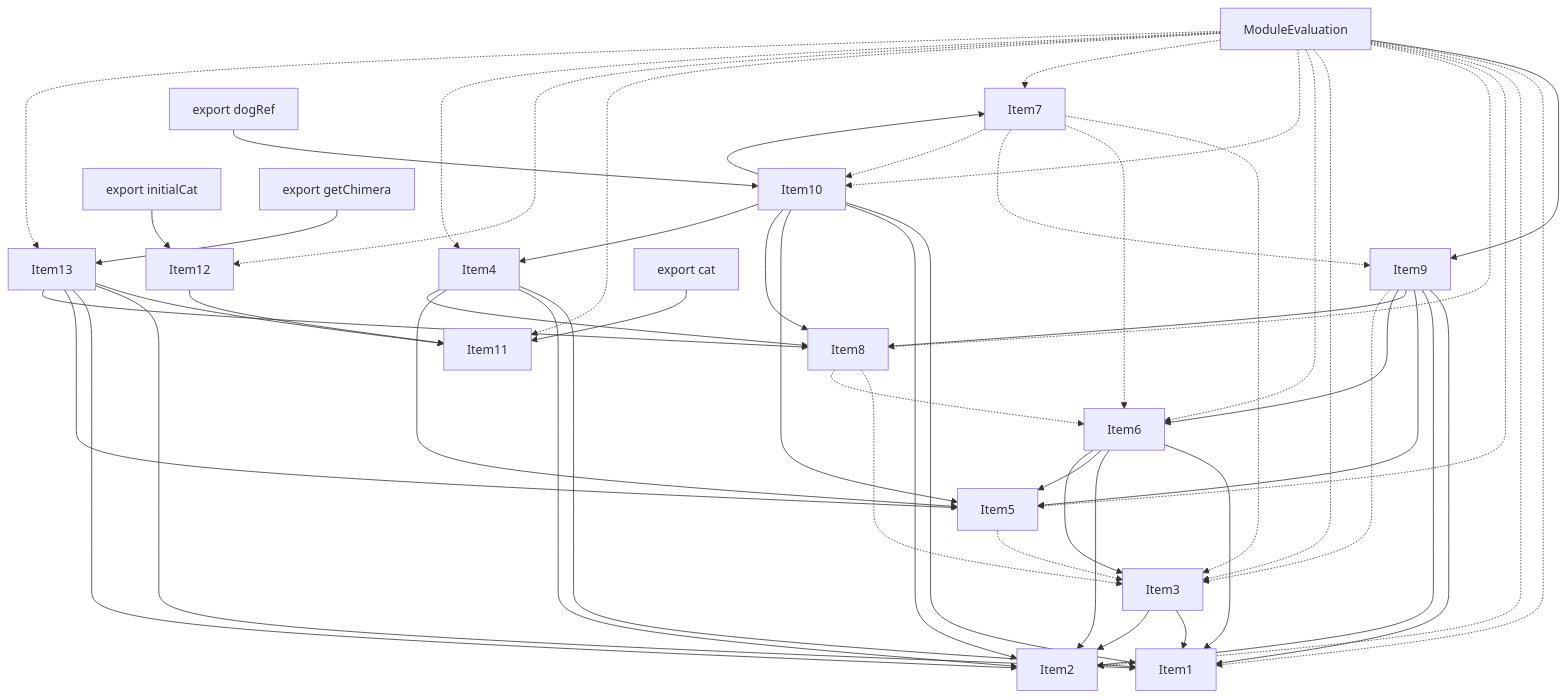
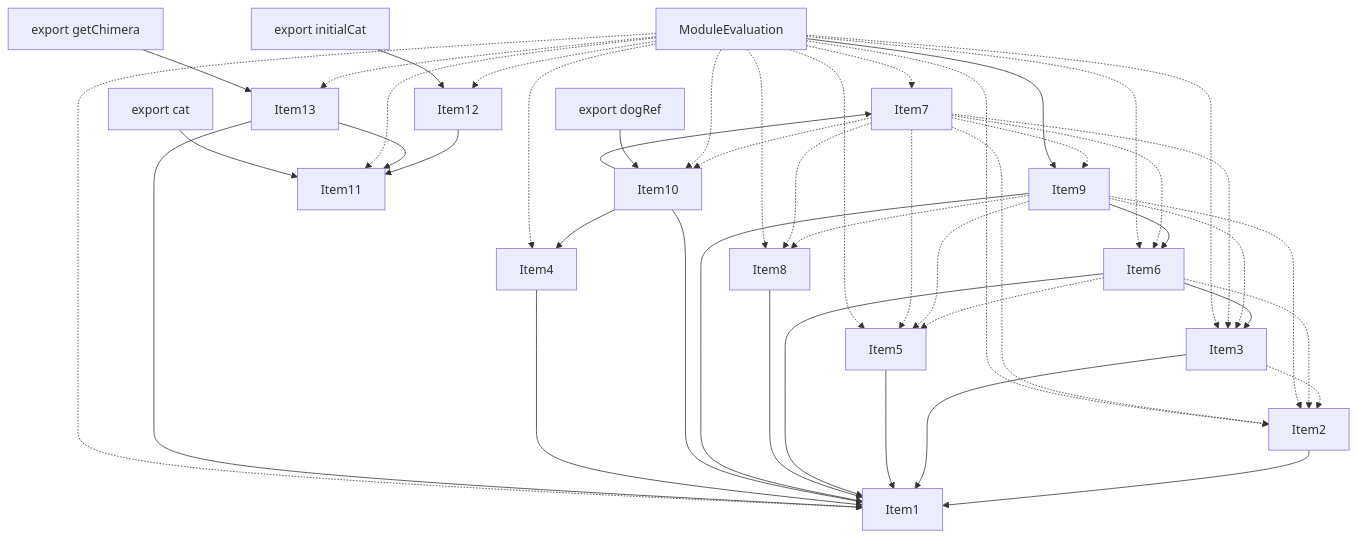
One commit to vercel/turborepo changed the fourth of 4 diagrams in crates/turbopack-ecmascript/tests/tree-shaker/analyzer/complex/output.md. Above: the diagram before and after it, drawn with Mermaid. The commit also changed other lines of this file and 2 other files, not shown here.

````diff
--- a/crates/turbopack-ecmascript/tests/tree-shaker/analyzer/complex/output.md
+++ b/crates/turbopack-ecmascript/tests/tree-shaker/analyzer/complex/output.md
@@ -281,78 +272,72 @@
 ```mermaid
 graph TD
     Item1;
     Item2;
     Item3;
     Item4;
     Item5;
     Item6;
     Item7;
     Item8;
     Item9;
     Item10;
     Item11;
     Item12;
     Item13;
     Item14;
     Item14["ModuleEvaluation"];
     Item15;
     Item15["export dogRef"];
     Item16;
     Item16["export cat"];
     Item17;
     Item17["export initialCat"];
     Item18;
     Item18["export getChimera"];
+    Item2 --> Item1;
     Item3 --> Item1;
-    Item3 --> Item2;
-    Item5 -.-> Item3;
+    Item3 -.-> Item2;
+    Item5 --> Item1;
     Item6 --> Item1;
-    Item6 --> Item2;
-    Item6 --> Item5;
     Item6 --> Item3;
-    Item8 -.-> Item3;
-    Item8 -.-> Item6;
+    Item6 -.-> Item2;
+    Item6 -.-> Item5;
+    Item8 --> Item1;
     Item9 --> Item1;
-    Item9 --> Item2;
-    Item9 --> Item5;
-    Item9 --> Item8;
     Item9 --> Item6;
+    Item9 -.-> Item2;
     Item9 -.-> Item3;
+    Item9 -.-> Item5;
+    Item9 -.-> Item8;
     Item10 --> Item1;
-    Item10 --> Item2;
-    Item10 --> Item5;
-    Item10 --> Item8;
     Item10 --> Item4;
     Item10 --> Item7;
     Item12 --> Item11;
     Item4 --> Item1;
-    Item4 --> Item2;
-    Item4 --> Item5;
-    Item4 --> Item8;
+    Item7 -.-> Item2;
     Item7 -.-> Item3;
+    Item7 -.-> Item5;
     Item7 -.-> Item6;
+    Item7 -.-> Item8;
     Item7 -.-> Item9;
     Item7 -.-> Item10;
     Item13 --> Item11;
     Item13 --> Item1;
-    Item13 --> Item2;
-    Item13 --> Item5;
-    Item13 --> Item8;
     Item14 --> Item9;
     Item14 -.-> Item1;
     Item14 -.-> Item2;
+    Item14 -.-> Item3;
     Item14 -.-> Item5;
+    Item14 -.-> Item6;
     Item14 -.-> Item8;
-    Item14 -.-> Item3;
-    Item14 -.-> Item6;
     Item14 -.-> Item10;
     Item14 -.-> Item7;
     Item14 -.-> Item11;
     Item14 -.-> Item12;
     Item14 -.-> Item4;
     Item14 -.-> Item13;
     Item15 --> Item10;
     Item16 --> Item11;
     Item17 --> Item12;
     Item18 --> Item13;
 ```
````
